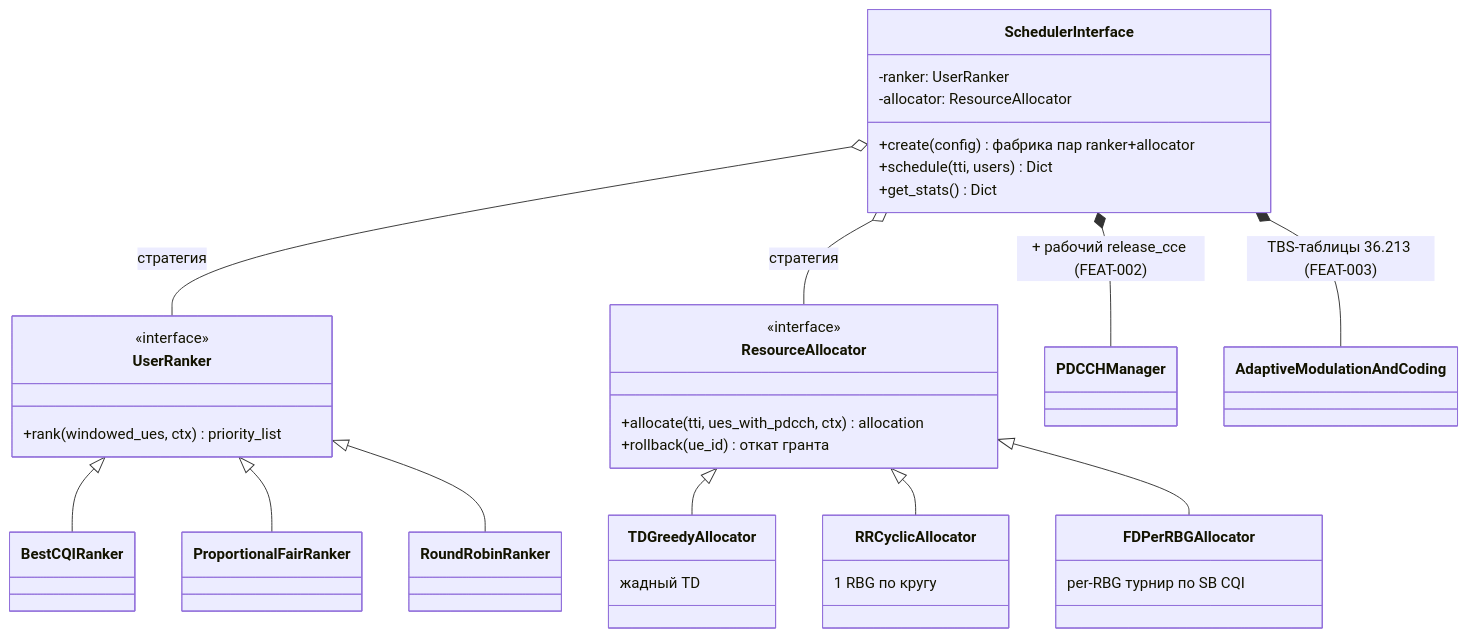
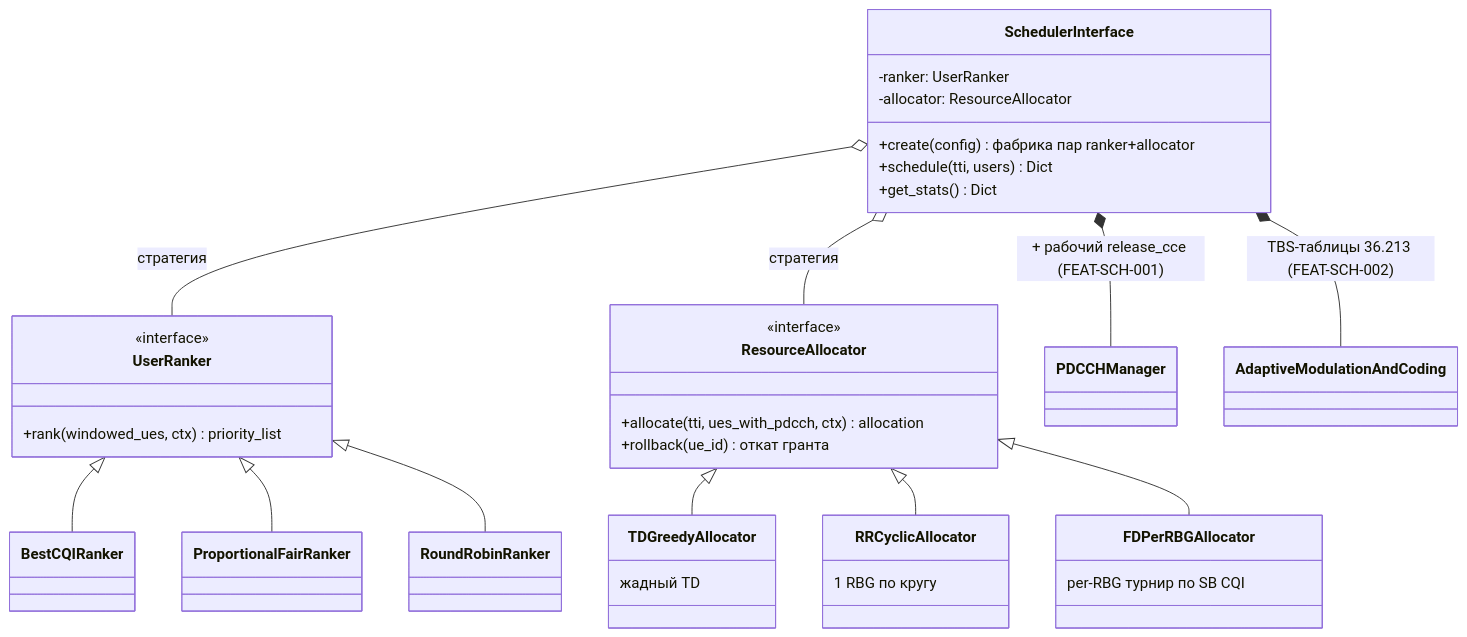
The tenth of 10 diagrams in weeks/docs/diagrams.md (dokbrawn/REC-S5), drawn with Mermaid before and after one commit. The commit also changed other lines of this file and 4 other files, not shown here.

````diff
--- a/weeks/docs/diagrams.md
+++ b/weeks/docs/diagrams.md
@@ -262,41 +262,41 @@
 ```mermaid
 classDiagram
     class SchedulerInterface {
         +create(config) фабрика пар ranker+allocator
         +schedule(tti, users) Dict
         +get_stats() Dict
         -ranker: UserRanker
         -allocator: ResourceAllocator
     }
     class UserRanker {
         <<interface>>
         +rank(windowed_ues, ctx) priority_list
     }
     class ResourceAllocator {
         <<interface>>
         +allocate(tti, ues_with_pdcch, ctx) allocation
         +rollback(ue_id) откат гранта
     }
     class BestCQIRanker
     class ProportionalFairRanker
     class RoundRobinRanker
     class TDGreedyAllocator {
         жадный TD
     }
     class RRCyclicAllocator {
         1 RBG по кругу
     }
     class FDPerRBGAllocator {
         per-RBG турнир по SB CQI
     }
     UserRanker <|-- BestCQIRanker
     UserRanker <|-- ProportionalFairRanker
     UserRanker <|-- RoundRobinRanker
     ResourceAllocator <|-- TDGreedyAllocator
     ResourceAllocator <|-- RRCyclicAllocator
     ResourceAllocator <|-- FDPerRBGAllocator
     SchedulerInterface o-- UserRanker : стратегия
     SchedulerInterface o-- ResourceAllocator : стратегия
-    SchedulerInterface *-- PDCCHManager : + рабочий release_cce (FEAT-002)
-    SchedulerInterface *-- AdaptiveModulationAndCoding : TBS-таблицы 36.213 (FEAT-003)
+    SchedulerInterface *-- PDCCHManager : + рабочий release_cce (FEAT-SCH-001)
+    SchedulerInterface *-- AdaptiveModulationAndCoding : TBS-таблицы 36.213 (FEAT-SCH-002)
 ```
````
